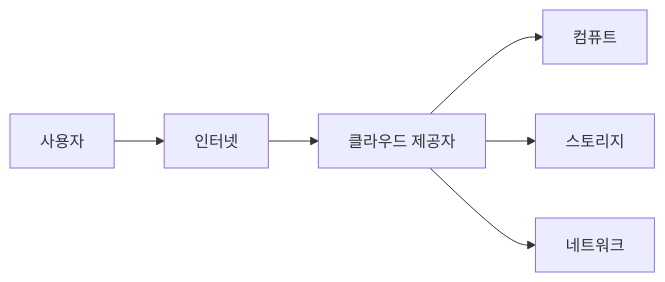
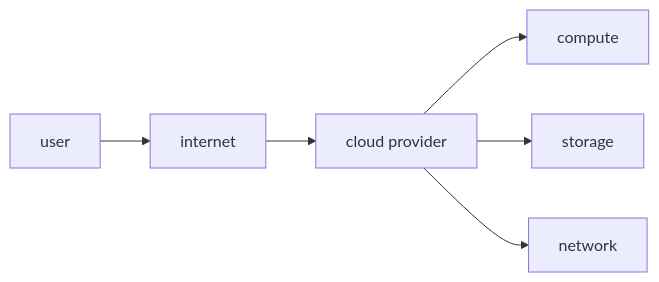
Before and after one commit to yeongseon-books/book-content: the diagram in content/cloud-computing-101/ko/01-what-is-cloud-computing.md, drawn with Mermaid. The commit also changed other lines of this file and 9 other files, not shown here.

````diff
--- a/content/cloud-computing-101/ko/01-what-is-cloud-computing.md
+++ b/content/cloud-computing-101/ko/01-what-is-cloud-computing.md
@@ -49,8 +47,8 @@
 ```mermaid
 flowchart LR
-    User["사용자"] --> Net["인터넷"]
-    Net --> CSP["클라우드 제공자"]
-    CSP --> Compute["컴퓨트"]
-    CSP --> Storage["스토리지"]
-    CSP --> Network["네트워크"]
+    User["user"] --> Net["internet"]
+    Net --> CSP["cloud provider"]
+    CSP --> Compute["compute"]
+    CSP --> Storage["storage"]
+    CSP --> Network["network"]
 ```
````
